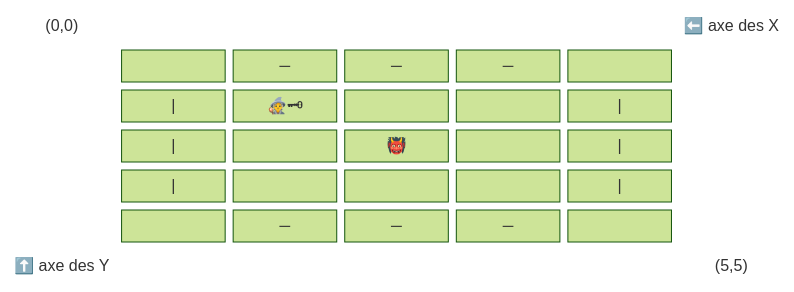
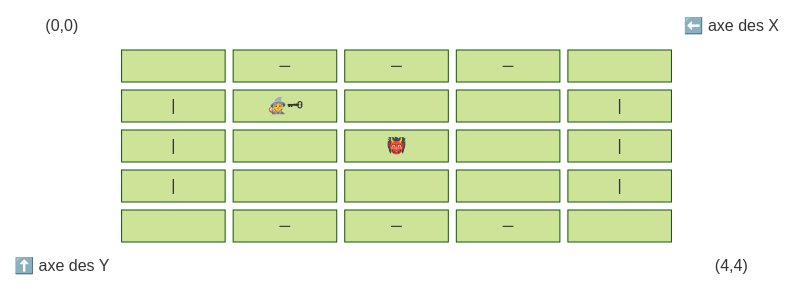
The second of 2 diagrams in web/docs/02-tp/03-tp3.md (departement-info-cem/1P6), drawn with Mermaid (forest theme) before and after one commit. The commit also changed other lines of this file and 182 other files, not shown here.

````diff
--- a/web/docs/02-tp/03-tp3.md
+++ b/web/docs/02-tp/03-tp3.md
@@ -1830,21 +1861,21 @@
 ```mermaid
 ---
 config:
     layout: elk
     elk:
         mergeEdges: true
 ---
 block-beta
     columns 7
     A["(0,0)"] space:5 B["⬅️ axe des X"]
     space 11[" "] 21["─"] 31["─"] 41["─"] 51[" "] space
     space 12["|"] 22["🧙🗝"] 32[" "] 42[" "] 52["|"] space
     space 13["|"] 23[" "] 33["👹"] 43[" "] 53["|"] space
     space 14["|"] 24[" "] 34[" "] 44[" "] 54["|"] space
     space 15[" "] 25["─"] 35["─"] 45["─"] 55[" "] space
-    C["⬆️ axe des Y"]space:5 D["(5,5)"]
+    C["⬆️ axe des Y"]space:5 D["(4,4)"]
 
     classDef label fill:none,stroke:none
     class A,B,C,D label
 
 ```
````
